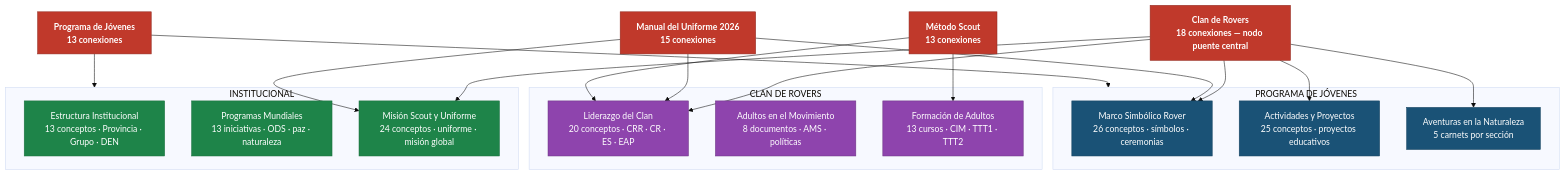
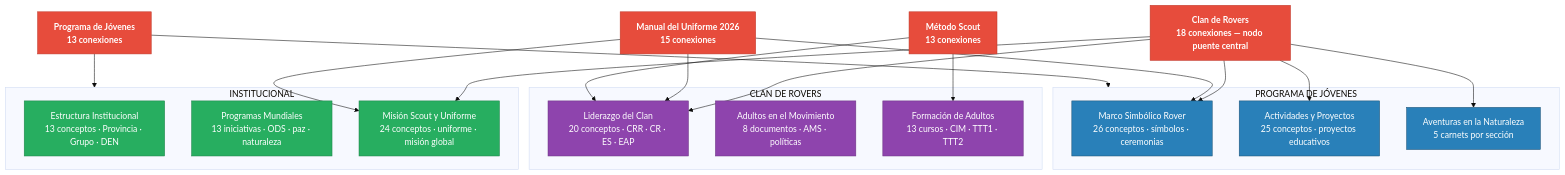
Before and after one commit to conecta-clanes/my-website: the first of 5 diagrams in docs/base-conocimiento/tips-para-todos/mapa-del-conocimiento.md, drawn with Mermaid (base theme). The commit also changed other lines of this file and 51 other files, not shown here.

````diff
--- a/docs/base-conocimiento/tips-para-todos/mapa-del-conocimiento.md
+++ b/docs/base-conocimiento/tips-para-todos/mapa-del-conocimiento.md
@@ -26,48 +26,48 @@
 ```mermaid
 flowchart TB
     CLAN["Clan de Rovers<BR>18 conexiones — nodo puente central"]
     UNI["Manual del Uniforme 2026<BR>15 conexiones"]
     PJ["Programa de Jóvenes<BR>13 conexiones"]
     MET["Método Scout<BR>13 conexiones"]
 
     subgraph PROG["PROGRAMA DE JÓVENES"]
         MARC["Marco Simbólico Rover<BR>26 conceptos · símbolos · ceremonias"]
         ACT["Actividades y Proyectos<BR>25 conceptos · proyectos educativos"]
         AVEN["Aventuras en la Naturaleza<BR>5 carnets por sección"]
     end
 
     subgraph CLAN_SEC["CLAN DE ROVERS"]
         LID["Liderazgo del Clan<BR>20 conceptos · CRR · CR · ES · EAP"]
         AMS_C["Adultos en el Movimiento<BR>8 documentos · AMS · políticas"]
         FORM["Formación de Adultos<BR>13 cursos · CIM · TTT1 · TTT2"]
     end
 
     subgraph INST["INSTITUCIONAL"]
         EST["Estructura Institucional<BR>13 conceptos · Provincia · Grupo · DEN"]
         MUN["Programas Mundiales<BR>13 iniciativas · ODS · paz · naturaleza"]
         MIS["Misión Scout y Uniforme<BR>24 conceptos · uniforme · misión global"]
     end
 
     CLAN --> MARC
     CLAN --> LID
     CLAN --> ACT
     CLAN --> MIS
     CLAN --> AVEN
     UNI --> MARC
     UNI --> LID
     UNI --> MIS
     PJ --> PROG
     PJ --> INST
     MET --> LID
     MET --> FORM
 
-    classDef bridge fill:#c0392b,stroke:#922b21,color:#fff,font-weight:bold
-    classDef prog fill:#1a5276,stroke:#154360,color:#fff
+    classDef bridge fill:#e74c3c,stroke:#c0392b,color:#fff,font-weight:bold
+    classDef prog fill:#2980b9,stroke:#1a5276,color:#fff
     classDef clan fill:#8e44ad,stroke:#6c3483,color:#fff
-    classDef inst fill:#1e8449,stroke:#196f3d,color:#fff
+    classDef inst fill:#27ae60,stroke:#1e8449,color:#fff
 
     class CLAN,UNI,PJ,MET bridge
     class MARC,ACT,AVEN prog
     class LID,AMS_C,FORM clan
     class EST,MUN,MIS inst
 ```
````
